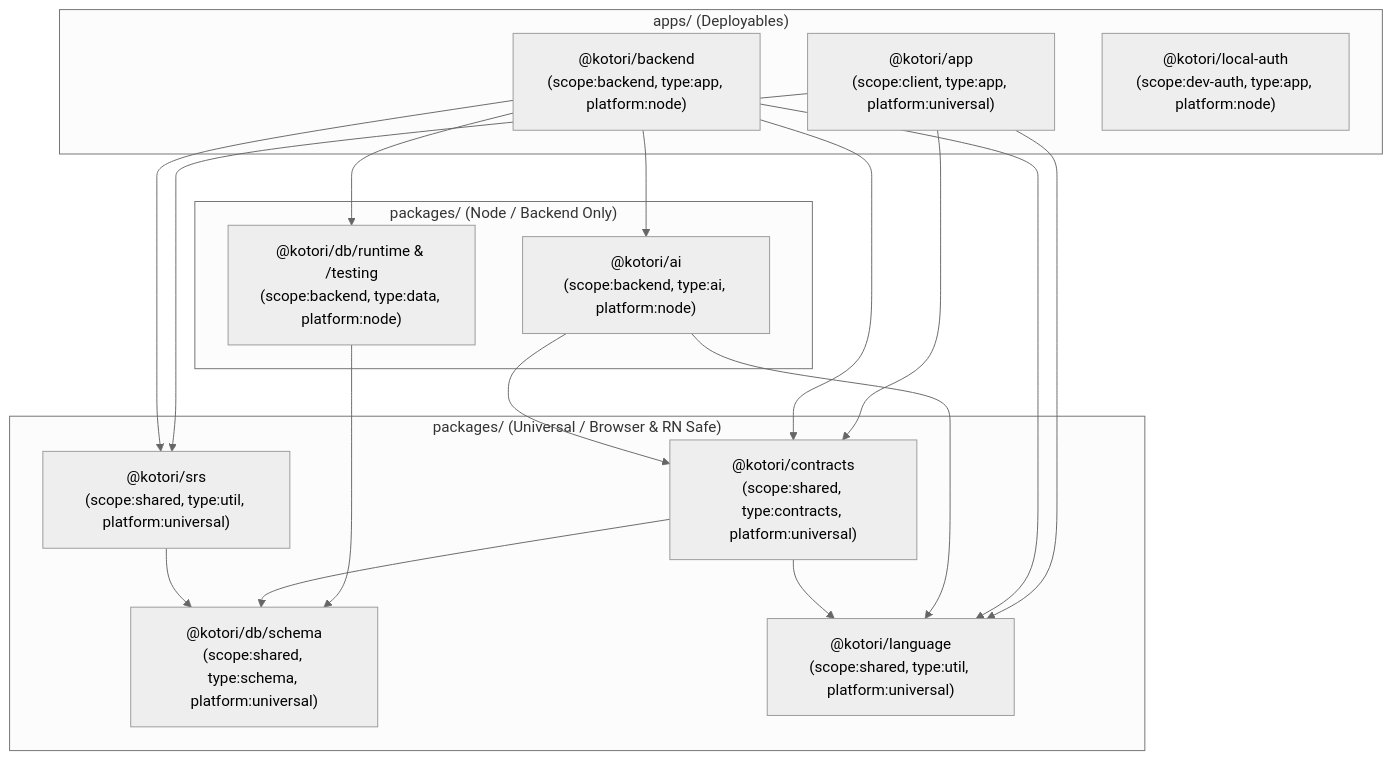
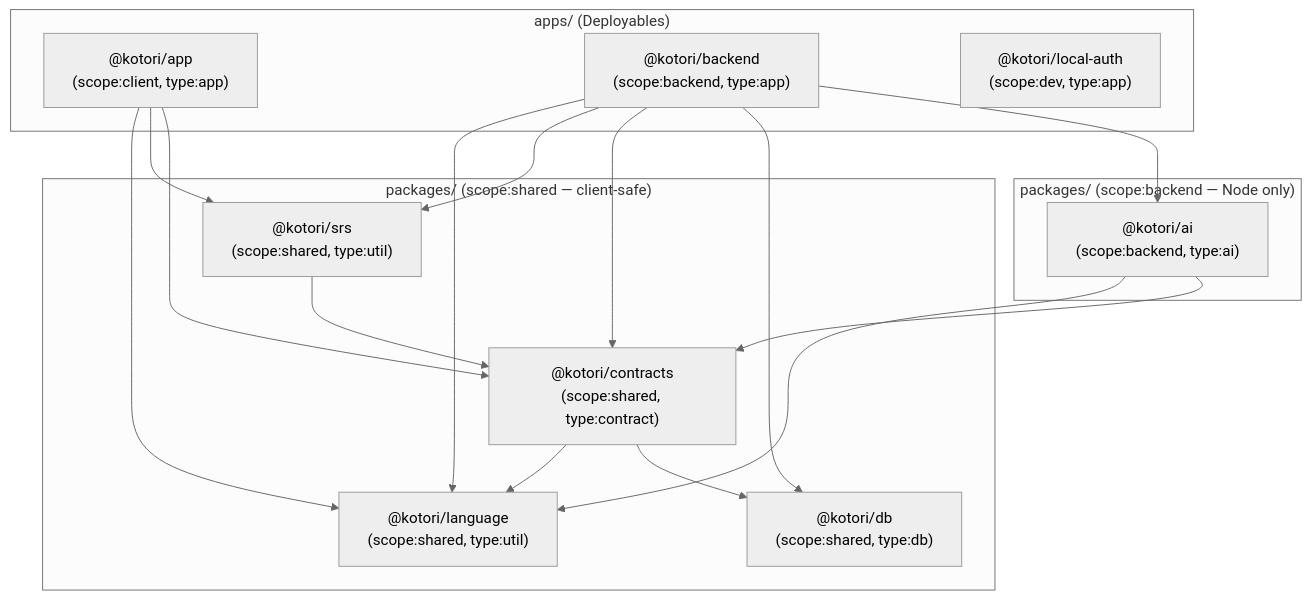
One commit to 0Calories/kotori changed the diagram in docs/monorepo-rearchitecture.md. Above: the diagram before and after it, drawn with Mermaid (neutral theme). The commit also changed other lines of this file and 56 other files, not shown here.

First line of the commit message:
Merge Japanese and English text helpers into @kotori/language

````diff
--- a/docs/monorepo-rearchitecture.md
+++ b/docs/monorepo-rearchitecture.md
@@ -98,38 +160,36 @@
 ```mermaid
 flowchart TD
   subgraph Apps ["apps/ (Deployables)"]
-    App["@kotori/app<br/>(scope:client, type:app, platform:universal)"]
-    Backend["@kotori/backend<br/>(scope:backend, type:app, platform:node)"]
-    LocalAuth["@kotori/local-auth<br/>(scope:dev-auth, type:app, platform:node)"]
+    App["@kotori/app<br/>(scope:client, type:app)"]
+    Backend["@kotori/backend<br/>(scope:backend, type:app)"]
+    LocalAuth["@kotori/local-auth<br/>(scope:dev, type:app)"]
   end
 
-  subgraph BackendLibs ["packages/ (Node / Backend Only)"]
-    AI["@kotori/ai<br/>(scope:backend, type:ai, platform:node)"]
-    DBRuntime["@kotori/db/runtime & /testing<br/>(scope:backend, type:data, platform:node)"]
+  subgraph BackendLibs ["packages/ (scope:backend — Node only)"]
+    AI["@kotori/ai<br/>(scope:backend, type:ai)"]
   end
 
-  subgraph UniversalLibs ["packages/ (Universal / Browser & RN Safe)"]
-    Contracts["@kotori/contracts<br/>(scope:shared, type:contracts, platform:universal)"]
-    DBSchema["@kotori/db/schema<br/>(scope:shared, type:schema, platform:universal)"]
-    SRS["@kotori/srs<br/>(scope:shared, type:util, platform:universal)"]
-    Language["@kotori/language<br/>(scope:shared, type:util, platform:universal)"]
+  subgraph SharedLibs ["packages/ (scope:shared — client-safe)"]
+    Contracts["@kotori/contracts<br/>(scope:shared, type:contract)"]
+    DB["@kotori/db<br/>(scope:shared, type:db)"]
+    SRS["@kotori/srs<br/>(scope:shared, type:util)"]
+    Language["@kotori/language<br/>(scope:shared, type:util)"]
   end
 
   App --> Contracts
   App --> SRS
   App --> Language
 
   Backend --> AI
-  Backend --> DBRuntime
+  Backend --> DB
   Backend --> Contracts
   Backend --> SRS
   Backend --> Language
 
   AI --> Contracts
   AI --> Language
 
-  DBRuntime --> DBSchema
-  Contracts --> DBSchema
+  Contracts --> DB
   Contracts --> Language
-  SRS --> DBSchema
+  SRS --> Contracts
 ```
````
